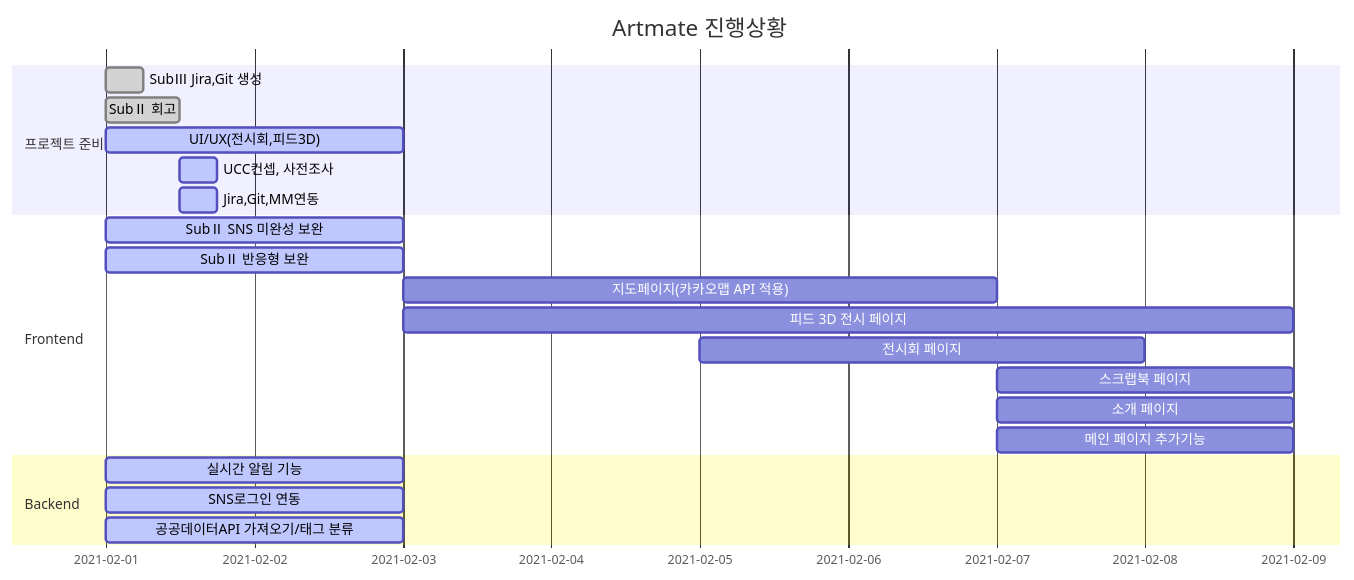
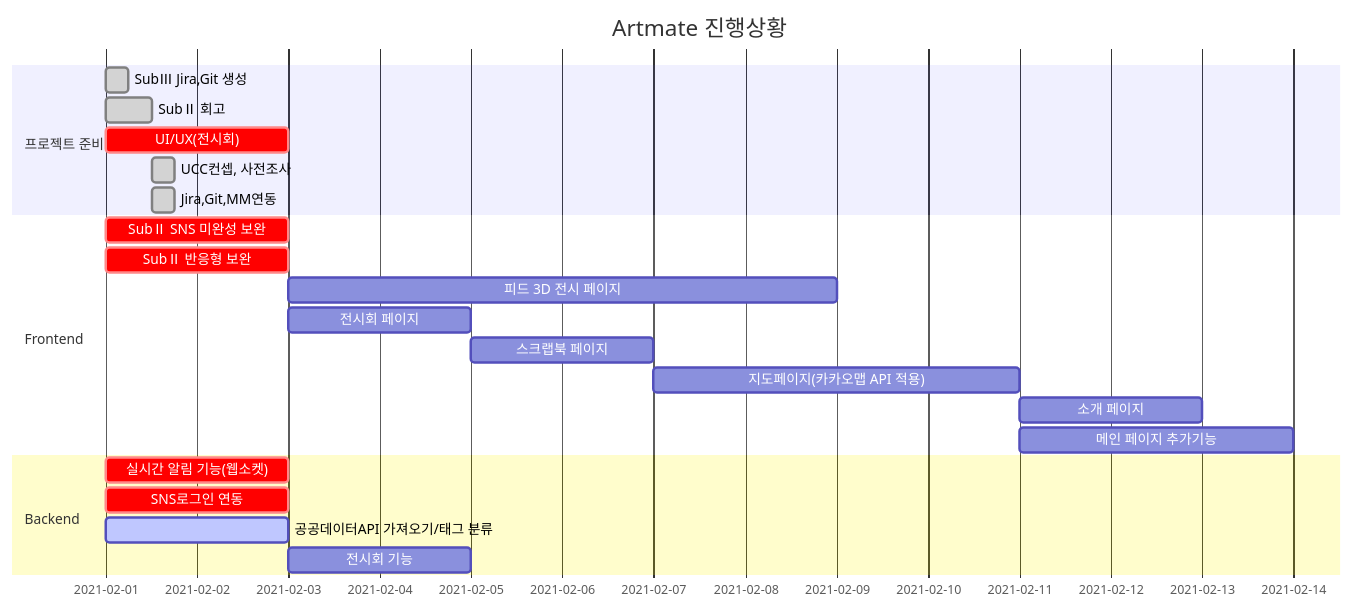
One commit to dovvn/Artmate-PJT changed the diagram in README.md. Above: the diagram before and after it, drawn with Mermaid. The commit also changed other lines of this file, not shown here.

Commit message:
README_0201: 오후 작업상황 업데이트

````diff
--- a/README.md
+++ b/README.md
@@ -21,28 +21,29 @@
 ```mermaid  
 gantt
     title Artmate 진행상황
     dateFormat  YYYY-MM-DD
     section 프로젝트 준비
     SubⅢ Jira,Git 생성  :done, 2021-02-01, 6h
     SubⅡ 회고          :done, p2,2021-02-01, 12h
-    UI/UX(전시회,피드3D)   :active,2021-02-01,2d
-    UCC컨셉, 사전조사   :active,after p2,6h
-    Jira,Git,MM연동   :active,after p2,6h
+    UI/UX(전시회)   :crit,2021-02-01,2d
+    UCC컨셉, 사전조사   :done,after p2,6h
+    Jira,Git,MM연동   :done,after p2,6h
     
 
     section Frontend
-    SubⅡ SNS 미완성 보완          :active, 2021-02-01, 2d
-    SubⅡ 반응형 보완          :active, 2021-02-01, 2d
-    지도페이지(카카오맵 API 적용)       :2021-02-03, 4d
+    SubⅡ SNS 미완성 보완          :crit, 2021-02-01, 2d
+    SubⅡ 반응형 보완          :crit, 2021-02-01, 2d
     피드 3D 전시 페이지   :,2021-02-03,6d
-    전시회 페이지   :,2021-02-05,3d
-    스크랩북 페이지   :,2021-02-07,2d
-    소개 페이지   :,2021-02-07,2d
-    메인 페이지 추가기능   :,2021-02-07,2d
+    전시회 페이지   :,2021-02-03,2d
+    스크랩북 페이지   :,2021-02-05,2d
+    지도페이지(카카오맵 API 적용)       :2021-02-07, 4d
+    소개 페이지   :,2021-02-11,2d
+    메인 페이지 추가기능   :,2021-02-11,3d
     
 
     section Backend
-    실시간 알림 기능          :active, 2021-02-01, 2d
-    SNS로그인 연동          :active, 2021-02-01, 2d
+    실시간 알림 기능(웹소켓)          :crit, 2021-02-01, 2d
+    SNS로그인 연동          :crit, 2021-02-01, 2d
     공공데이터API 가져오기/태그 분류          :active, p1, 2021-02-01, 2d
+    전시회 기능   :,2021-02-03,2d
 ```
````
